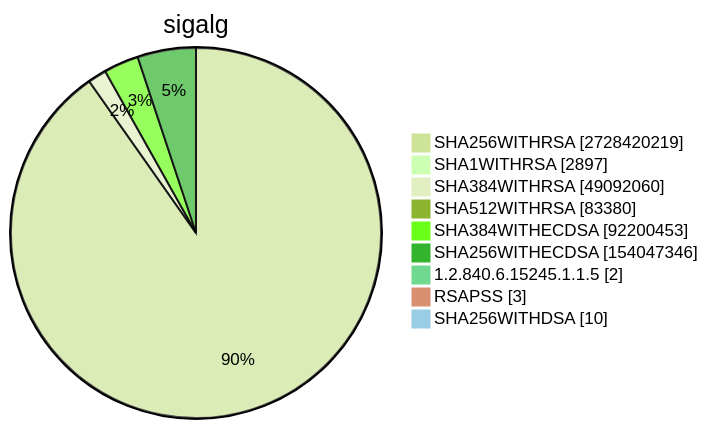
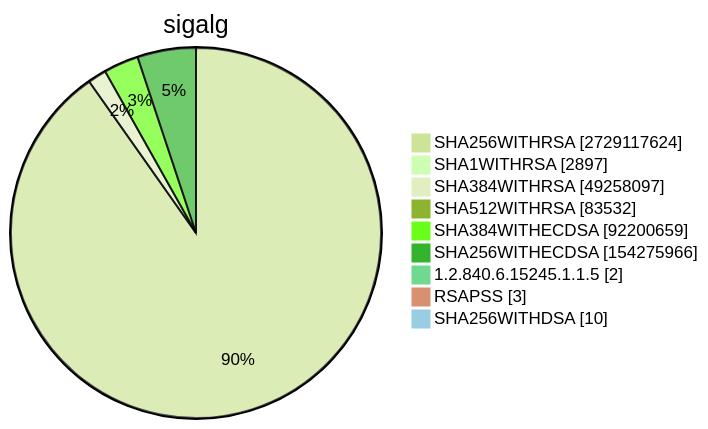
Diagram 15 of 15 in TOTAL/README.md (christiankrug/ctmonitor_visualization), drawn with Mermaid (forest theme) before and after one commit. The commit also changed other lines of this file, not shown here.

````diff
--- a/TOTAL/README.md
+++ b/TOTAL/README.md
@@ -6195,13 +6196,13 @@
 ```mermaid
 pie showData
 title sigalg
-"SHA256WITHRSA" :2728420219
+"SHA256WITHRSA" :2729117624
 "SHA1WITHRSA" :2897
-"SHA384WITHRSA" :49092060
-"SHA512WITHRSA" :83380
-"SHA384WITHECDSA" :92200453
-"SHA256WITHECDSA" :154047346
+"SHA384WITHRSA" :49258097
+"SHA512WITHRSA" :83532
+"SHA384WITHECDSA" :92200659
+"SHA256WITHECDSA" :154275966
 "1.2.840.6.15245.1.1.5" :2
 "RSAPSS" :3
 "SHA256WITHDSA" :10
 ```
````
